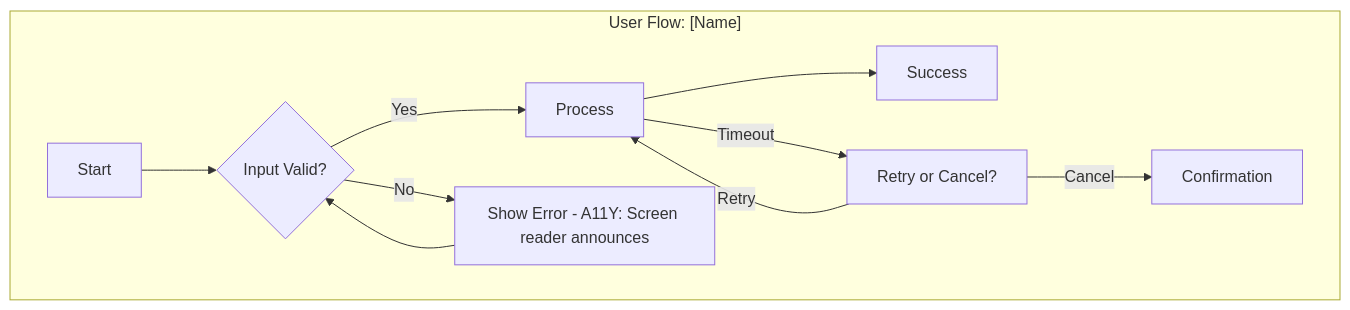
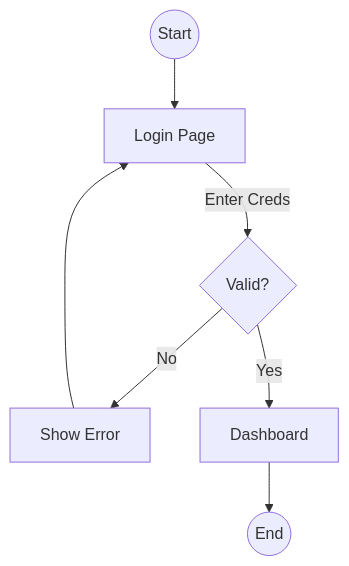
One commit to coffeedrnkr/AISDLC changed the diagram in 03_UX_Design/prompts/UX_001-flow-mapping.md. Above: the diagram before and after it, drawn with Mermaid. The commit also changed other lines of this file and 70 other files, not shown here.

````diff
--- a/03_UX_Design/prompts/UX_001-flow-mapping.md
+++ b/03_UX_Design/prompts/UX_001-flow-mapping.md
@@ -62,15 +51,9 @@
 ```mermaid
-flowchart TD
-    subgraph "User Flow: [Name]"
-        A[Start] --> B{Input Valid?}
-        B -->|Yes| C[Process]
-        B -->|No| D[Show Error - A11Y: Screen reader announces]
-        C --> E[Success]
-        D --> B
-        
-        %% [GAP: Suggested] - Timeout handling
-        C -->|Timeout| F[Retry or Cancel?]
-        F -->|Retry| C
-        F -->|Cancel| G[Confirmation]
-    end
+graph TD
+    Start((Start)) --> Login[Login Page]
+    Login --> |Enter Creds| Guide{Valid?}
+    Guide -- No --> Error[Show Error]
+    Error --> Login
+    Guide -- Yes --> Dash[Dashboard]
+    Dash --> End((End))
 ```
````
